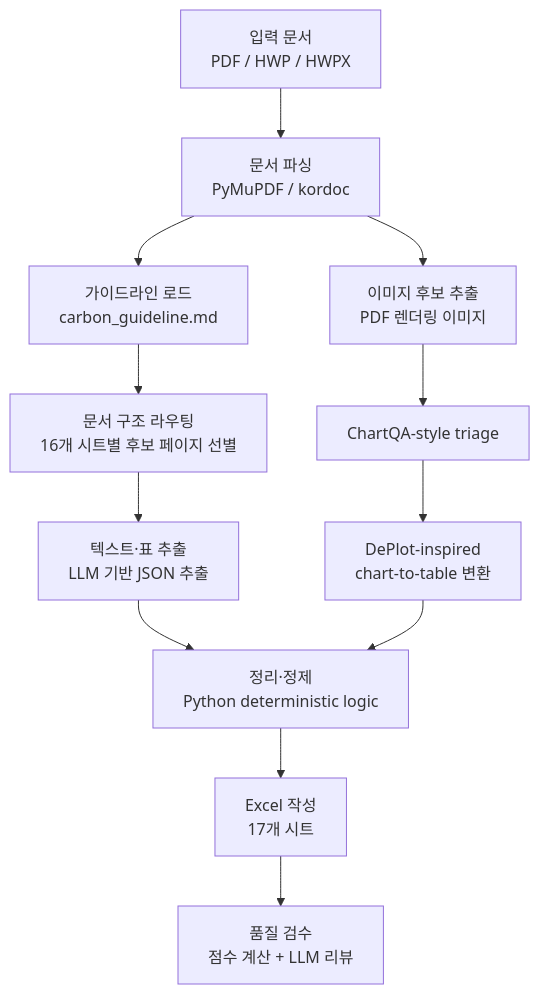
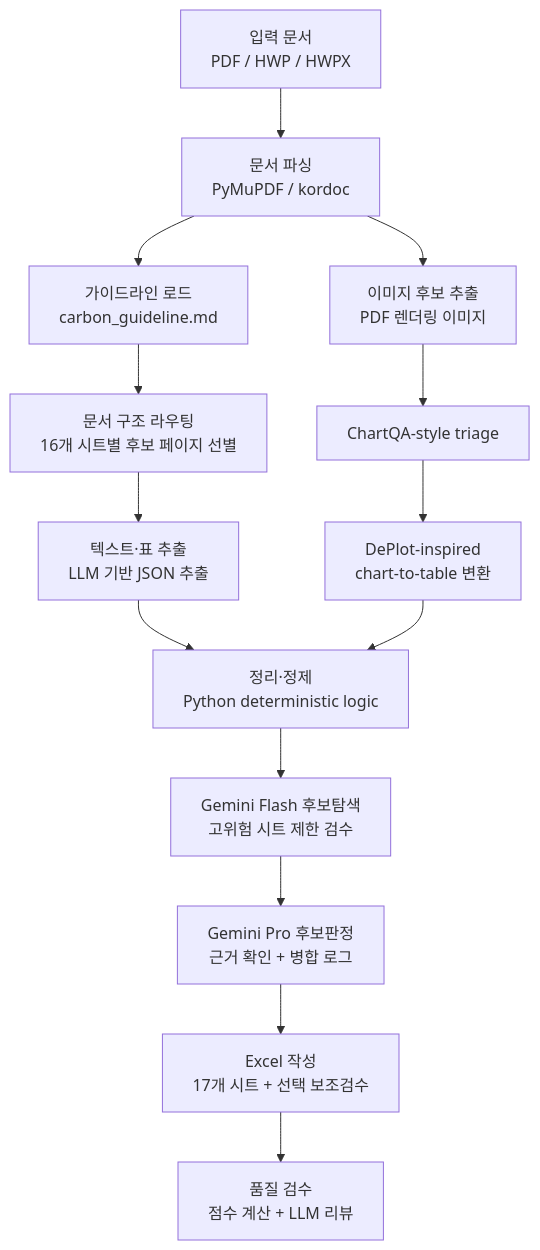
The diagram in README.md (azureleo/2026_GovReport_Analyzer_Public), drawn with Mermaid before and after one commit. The commit also changed other lines of this file and 5 other files, not shown here.

Commit message:
Improve hybrid review adjudication flow

````diff
--- a/README.md
+++ b/README.md
@@ -44,14 +81,16 @@
 ```mermaid
 flowchart TD
     A["입력 문서<br/>PDF / HWP / HWPX"] --> B["문서 파싱<br/>PyMuPDF / kordoc"]
     B --> C["가이드라인 로드<br/>carbon_guideline.md"]
     C --> D["문서 구조 라우팅<br/>16개 시트별 후보 페이지 선별"]
     D --> E["텍스트·표 추출<br/>LLM 기반 JSON 추출"]
     B --> F["이미지 후보 추출<br/>PDF 렌더링 이미지"]
     F --> G["ChartQA-style triage"]
     G --> H["DePlot-inspired<br/>chart-to-table 변환"]
     E --> I["정리·정제<br/>Python deterministic logic"]
     H --> I
-    I --> J["Excel 작성<br/>17개 시트"]
+    I --> L["Gemini Flash 후보탐색<br/>고위험 시트 제한 검수"]
+    L --> M["Gemini Pro 후보판정<br/>근거 확인 + 병합 로그"]
+    M --> J["Excel 작성<br/>17개 시트 + 선택 보조검수"]
     J --> K["품질 검수<br/>점수 계산 + LLM 리뷰"]
 ```
````
